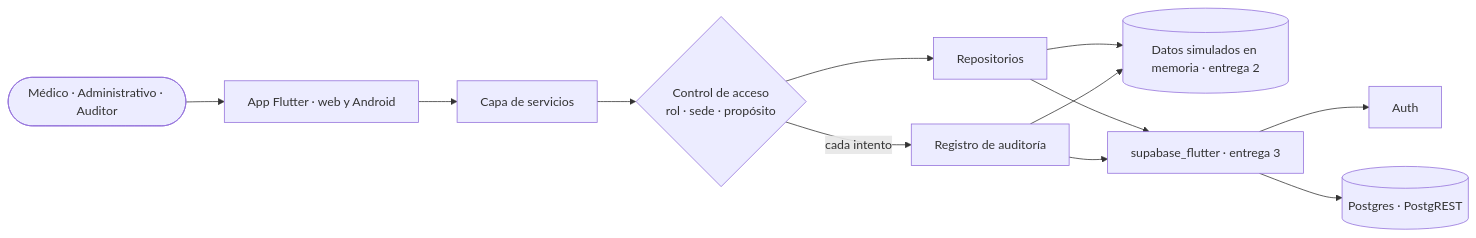
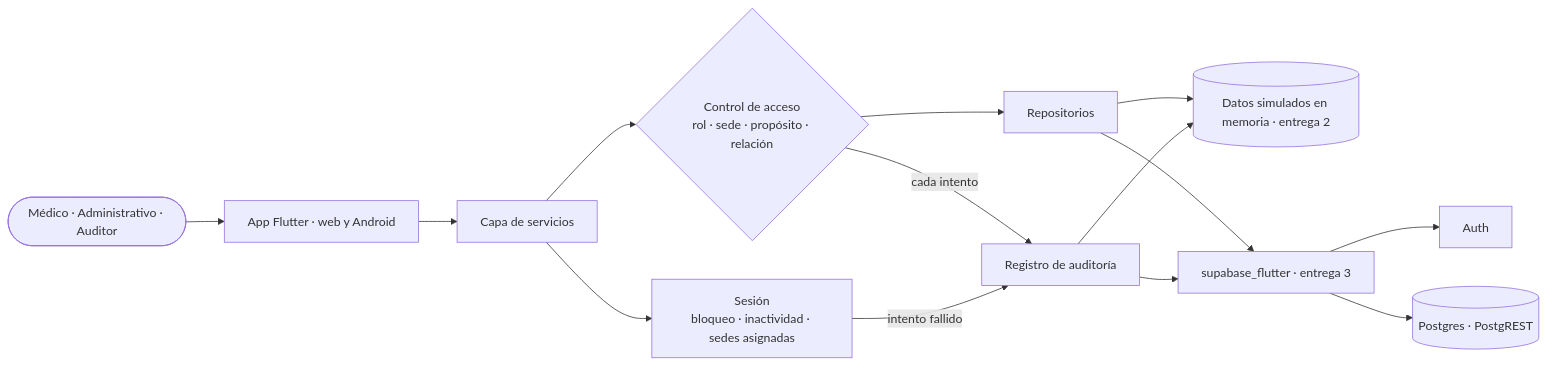
One commit to michellegalvez/Red_Vitalys changed the diagram in docs/architectural_spine.md. Above: the diagram before and after it, drawn with Mermaid. The commit also changed other lines of this file, not shown here.

First line of the commit message:
docs: architectural spine v0.6.5 alineada con los requisitos

````diff
--- a/docs/architectural_spine.md
+++ b/docs/architectural_spine.md
@@ -18,14 +18,16 @@
 ```mermaid
 flowchart LR
   user([Médico · Administrativo · Auditor]) --> app[App Flutter · web y Android]
   app --> services[Capa de servicios]
-  services --> guard{Control de acceso<br/>rol · sede · propósito}
+  services --> session[Sesión<br/>bloqueo · inactividad · sedes asignadas]
+  services --> guard{Control de acceso<br/>rol · sede · propósito · relación}
   guard --> repos[Repositorios]
   guard -- cada intento --> audit[Registro de auditoría]
+  session -- intento fallido --> audit
   repos --> mem[(Datos simulados en memoria · entrega 2)]
   repos --> sdk[supabase_flutter · entrega 3]
   audit --> mem
   audit --> sdk
   sdk --> auth[Auth]
   sdk --> db[(Postgres · PostgREST)]
 ```
````
